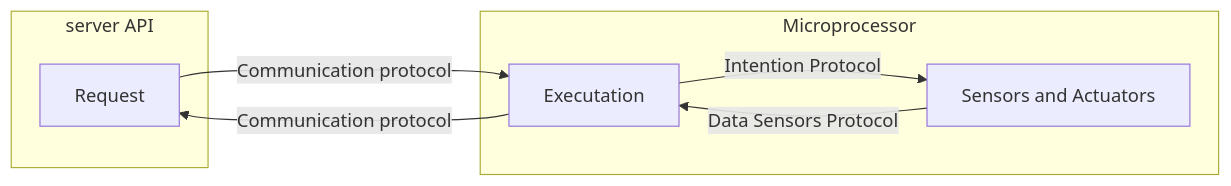
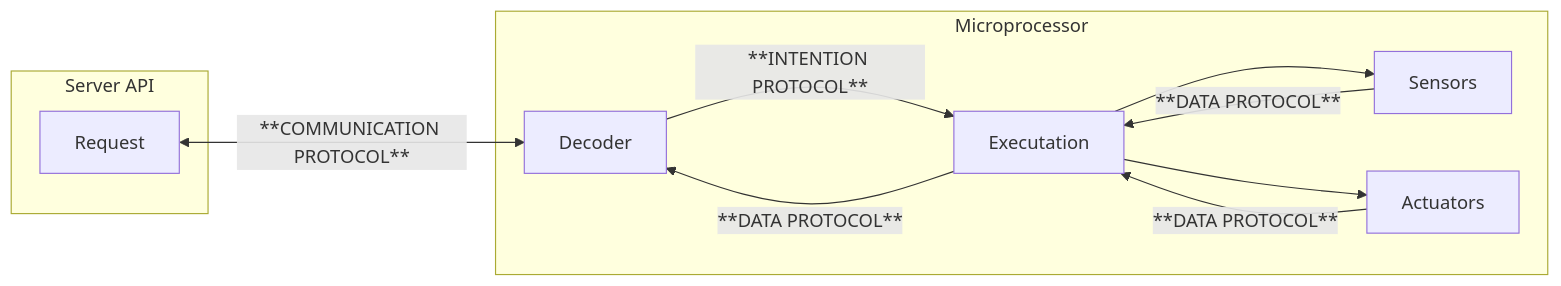
The diagram in mkdocs/docs/programming/protocols/index.md (glaucomunsberg/robot-ia), drawn with Mermaid before and after one commit. The commit also changed other lines of this file and 1 other file, not shown here.

Commit message:
improving chart

````diff
--- a/mkdocs/docs/programming/protocols/index.md
+++ b/mkdocs/docs/programming/protocols/index.md
@@ -8,16 +8,22 @@
 ```mermaid
 flowchart LR
-    subgraph server API
+    subgraph Server API
         A[Request]
     end
     subgraph Microprocessor
-        B[Executation]
-        C[Sensors and Actuators]
+        B[Decoder]
+        C[Executation]
+        D[Sensors]
+        E[Actuators]
     end
     
-    A-- Communication protocol --> B
-    B-- Intention Protocol --> C
-    C-- Data Sensors Protocol --> B
-    B-- Communication protocol --> A
+    A <-- **COMMUNICATION PROTOCOL** --> B
+    B -- **INTENTION PROTOCOL** --> C
+    C -- <command> --> D
+    D -- **DATA PROTOCOL** --> C
+    C -- <command> --> E
+    E -- **DATA PROTOCOL** --> C
+    C -- **DATA PROTOCOL** --> B
+
 
 ```
````
